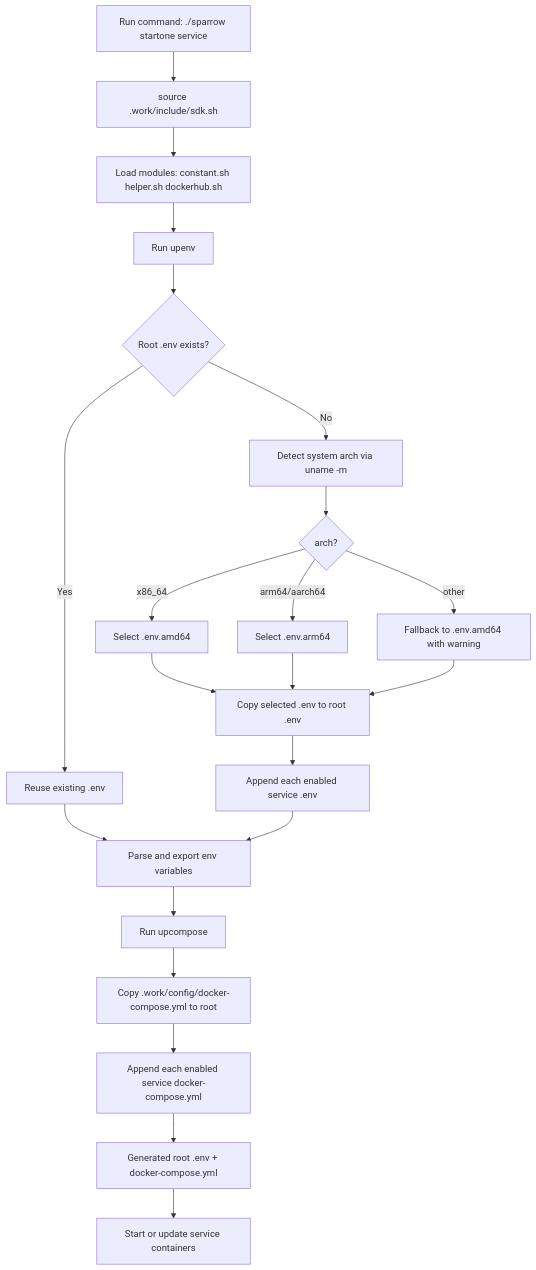
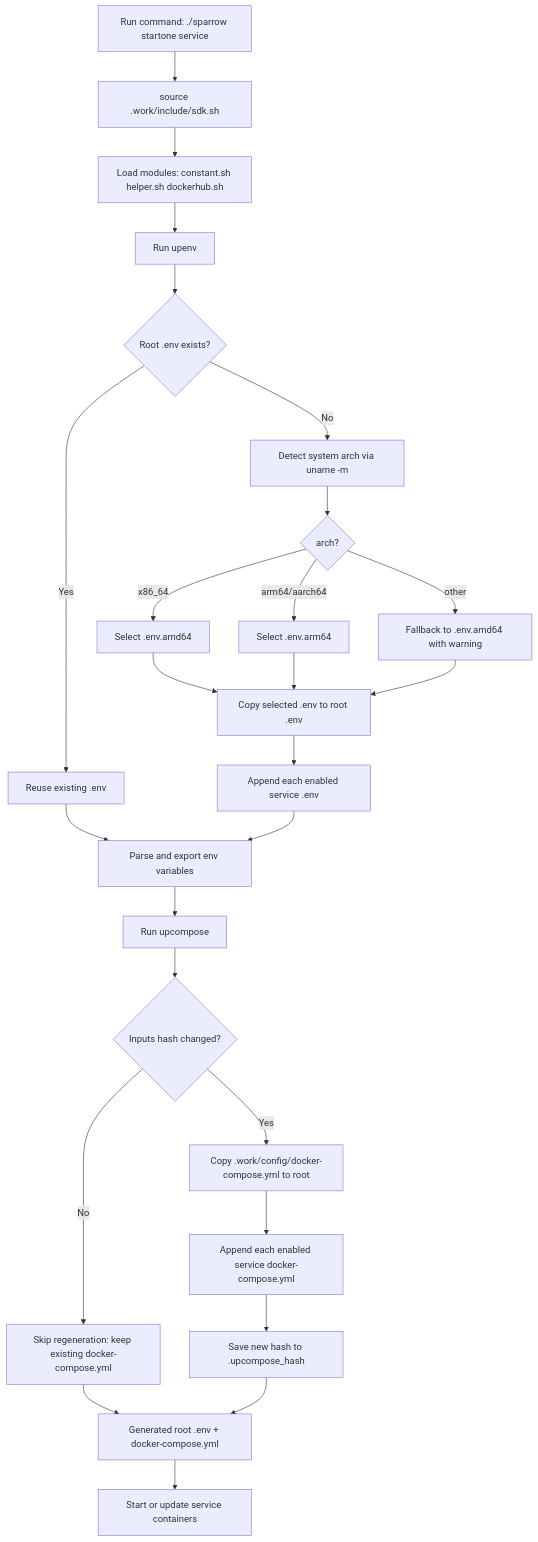
The diagram in .work/extra/doc/3.DEVELOPMENT_EN.md (WGrape/sparrow), drawn with Mermaid before and after one commit. The commit also changed other lines of this file and 5 other files, not shown here.

Commit message:
feat: regenerate docker-compose.yml or not ? add support: check docker-compose.yml change by hash

````diff
--- a/.work/extra/doc/3.DEVELOPMENT_EN.md
+++ b/.work/extra/doc/3.DEVELOPMENT_EN.md
@@ -56,22 +58,25 @@
 ```mermaid
 flowchart TD
     A[Run command: ./sparrow startone service] --> B[source .work/include/sdk.sh]
     B --> C[Load modules: constant.sh helper.sh dockerhub.sh]
     C --> D[Run upenv]
     D --> E{Root .env exists?}
     E -- No --> F[Detect system arch via uname -m]
     F --> FA{arch?}
     FA -- x86_64 --> FB[Select .env.amd64]
     FA -- arm64/aarch64 --> FC[Select .env.arm64]
     FA -- other --> FD[Fallback to .env.amd64 with warning]
     FB & FC & FD --> G2[Copy selected .env to root .env]
     E -- Yes --> G[Reuse existing .env]
     G2 --> H[Append each enabled service .env]
     G --> I[Parse and export env variables]
     H --> I
     I --> J[Run upcompose]
-    J --> K[Copy .work/config/docker-compose.yml to root]
+    J --> JH{Inputs hash changed?}
+    JH -- No --> JN[Skip regeneration: keep existing docker-compose.yml]
+    JH -- Yes --> K[Copy .work/config/docker-compose.yml to root]
     K --> L[Append each enabled service docker-compose.yml]
-    L --> M[Generated root .env + docker-compose.yml]
+    L --> LS[Save new hash to .upcompose_hash]
+    JN & LS --> M[Generated root .env + docker-compose.yml]
     M --> N[Start or update service containers]
 ```
````
